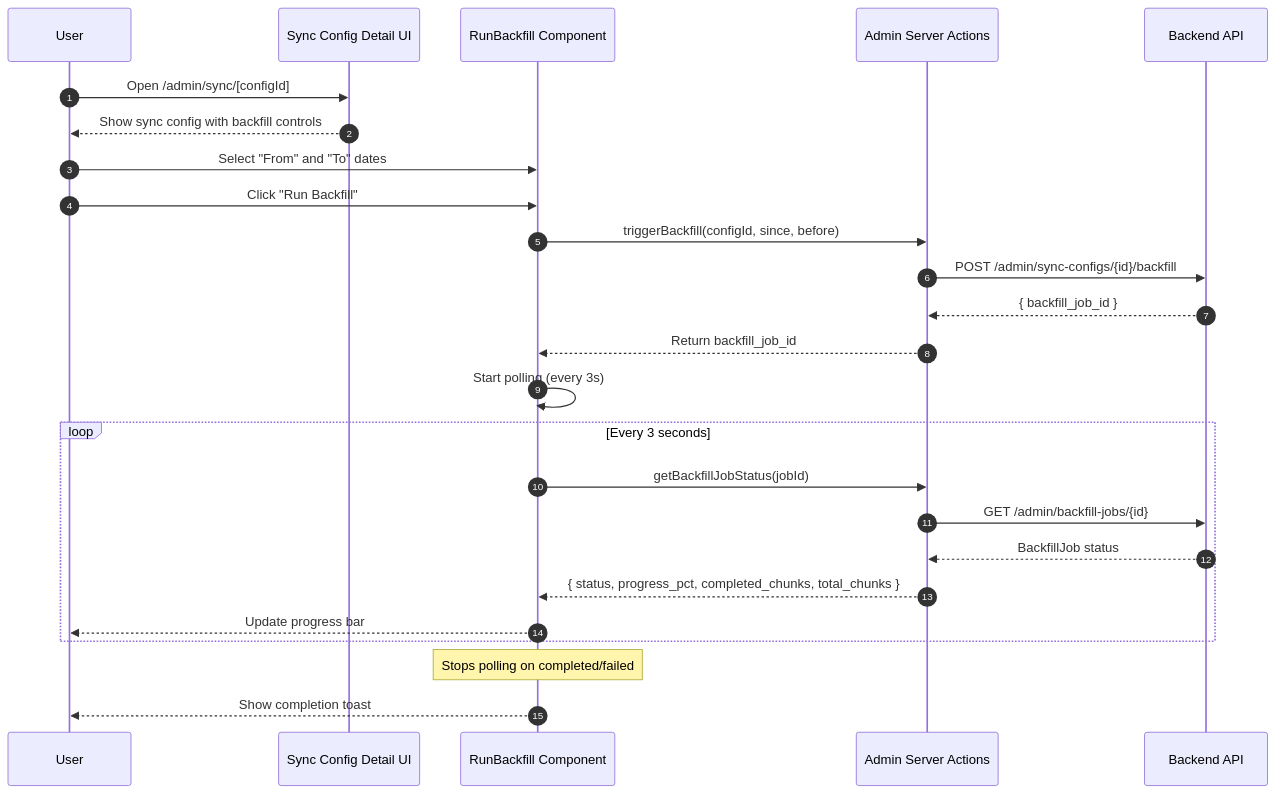
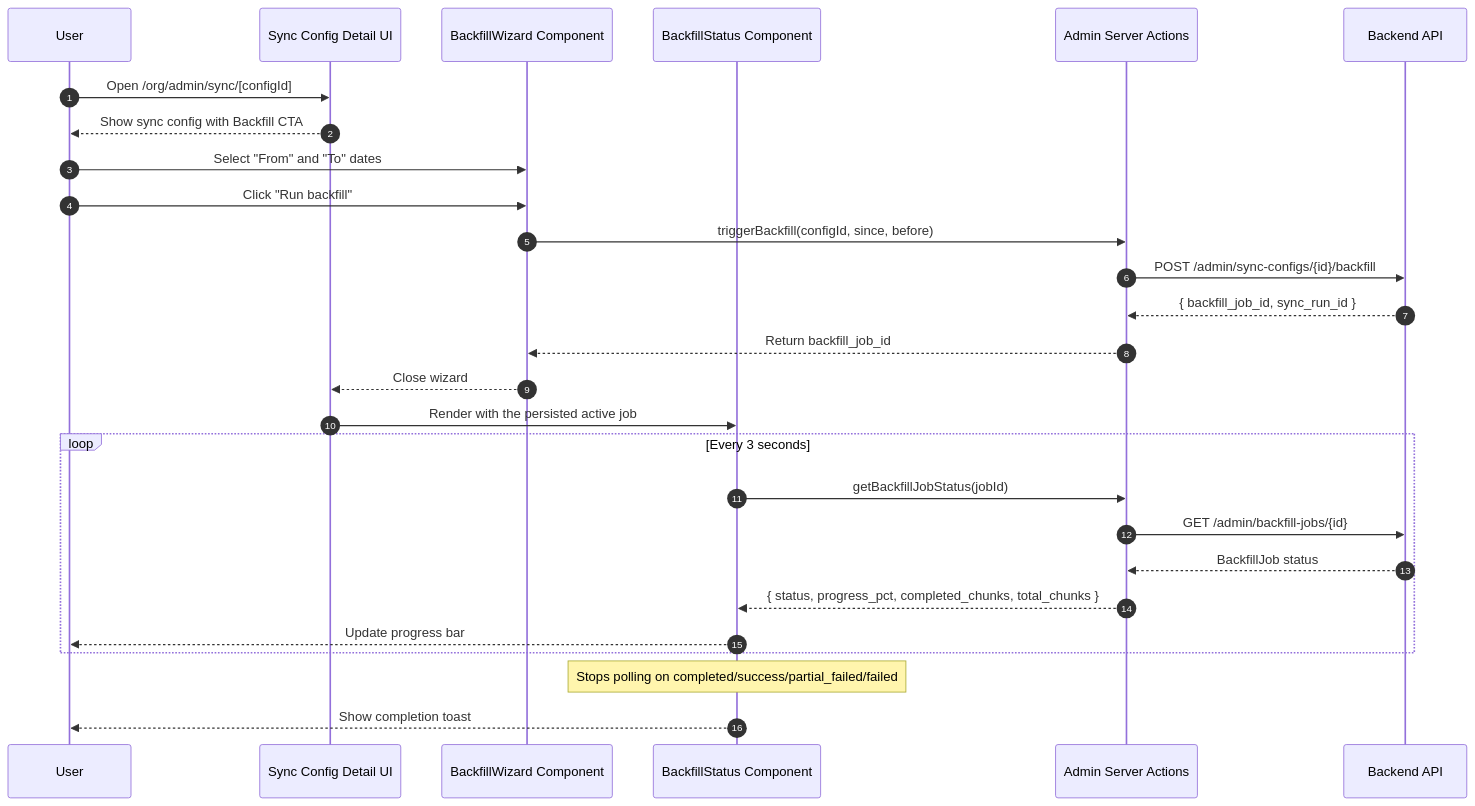
The third of 6 diagrams in docs/testing/e2e-specs/account-admin.md (full-chaos/dev-health-web), drawn with Mermaid before and after one commit. The commit also changed other lines of this file, not shown here.

First line of the commit message:
docs(admin/sync): update Historical Backfill e2e-spec doc off RunBackfill (CHAOS-2795)

````diff
--- a/docs/testing/e2e-specs/account-admin.md
+++ b/docs/testing/e2e-specs/account-admin.md
@@ -168,27 +172,29 @@
 ```mermaid
 sequenceDiagram
     autonumber
     participant U as User
     participant F as Sync Config Detail UI
-    participant RB as RunBackfill Component
+    participant BW as BackfillWizard Component
+    participant BS as BackfillStatus Component
     participant SA as Admin Server Actions
     participant API as Backend API
-    U->>F: Open /admin/sync/[configId]
-    F-->>U: Show sync config with backfill controls
-    U->>RB: Select "From" and "To" dates
-    U->>RB: Click "Run Backfill"
-    RB->>SA: triggerBackfill(configId, since, before)
+    U->>F: Open /org/admin/sync/[configId]
+    F-->>U: Show sync config with Backfill CTA
+    U->>BW: Select "From" and "To" dates
+    U->>BW: Click "Run backfill"
+    BW->>SA: triggerBackfill(configId, since, before)
     SA->>API: POST /admin/sync-configs/{id}/backfill
-    API-->>SA: { backfill_job_id }
-    SA-->>RB: Return backfill_job_id
-    RB->>RB: Start polling (every 3s)
+    API-->>SA: { backfill_job_id, sync_run_id }
+    SA-->>BW: Return backfill_job_id
+    BW-->>F: Close wizard
+    F->>BS: Render with the persisted active job
     loop Every 3 seconds
-        RB->>SA: getBackfillJobStatus(jobId)
+        BS->>SA: getBackfillJobStatus(jobId)
         SA->>API: GET /admin/backfill-jobs/{id}
         API-->>SA: BackfillJob status
-        SA-->>RB: { status, progress_pct, completed_chunks, total_chunks }
-        RB-->>U: Update progress bar
+        SA-->>BS: { status, progress_pct, completed_chunks, total_chunks }
+        BS-->>U: Update progress bar
     end
-    Note over RB: Stops polling on completed/failed
-    RB-->>U: Show completion toast
+    Note over BS: Stops polling on completed/success/partial_failed/failed
+    BS-->>U: Show completion toast
 ```
````
